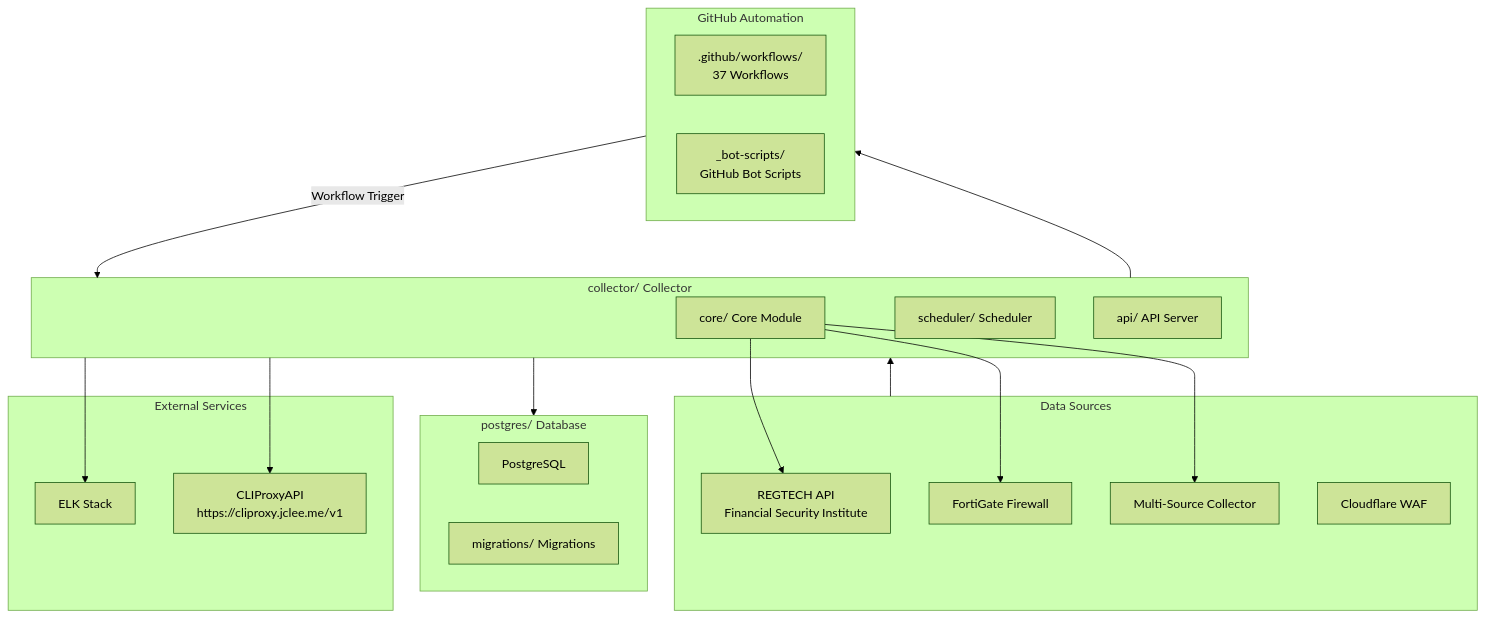
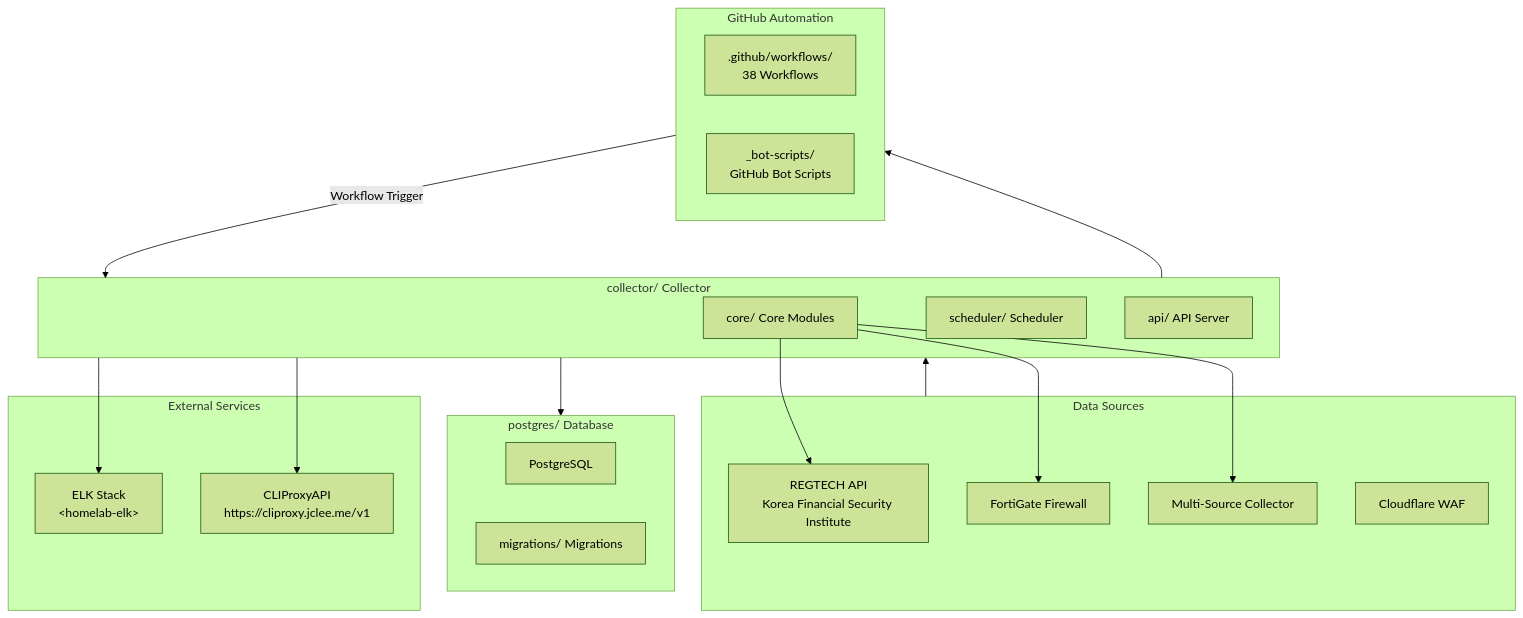
One commit to jclee941/blacklist changed the second of 2 diagrams in README.md. Above: the diagram before and after it, drawn with Mermaid (forest theme). The commit also changed other lines of this file, not shown here.

````diff
--- a/README.md
+++ b/README.md
@@ -333,41 +345,41 @@
 ```mermaid
 flowchart TB
     subgraph DataSources["Data Sources"]
-        REGTECH["REGTECH API<br/>Financial Security Institute"]
+        REGTECH["REGTECH API<br/>Korea Financial Security Institute"]
         FORTIGATE["FortiGate Firewall"]
         MULTI["Multi-Source Collector"]
         CLOUDFLARE["Cloudflare WAF"]
     end
 
     subgraph Collector["collector/ Collector"]
-        CORE["core/ Core Module"]
+        CORE["core/ Core Modules"]
         SCHEDULER["scheduler/ Scheduler"]
         API["api/ API Server"]
         
         CORE --> FORTIGATE
         CORE --> REGTECH
         CORE --> MULTI
     end
 
     subgraph Database["postgres/ Database"]
         PG["PostgreSQL"]
         MIGRATIONS["migrations/ Migrations"]
     end
 
     subgraph GitHubAutomation["GitHub Automation"]
-        WORKFLOWS[".github/workflows/<br/>37 Workflows"]
+        WORKFLOWS[".github/workflows/<br/>38 Workflows"]
         BOTS["_bot-scripts/<br/>GitHub Bot Scripts"]
     end
 
     subgraph ExternalServices["External Services"]
-        ELK["ELK Stack<br/><homelab-elk>"]
+        ELK["ELK Stack<br/>&lt;homelab-elk&gt;"]
         PROXY["CLIProxyAPI<br/>https://cliproxy.jclee.me/v1"]
     end
 
     DataSources --> Collector
     Collector --> Database
     Collector --> GitHubAutomation
     GitHubAutomation -->|Workflow Trigger| Collector
     Collector --> ELK
     Collector --> PROXY
 ```
````
